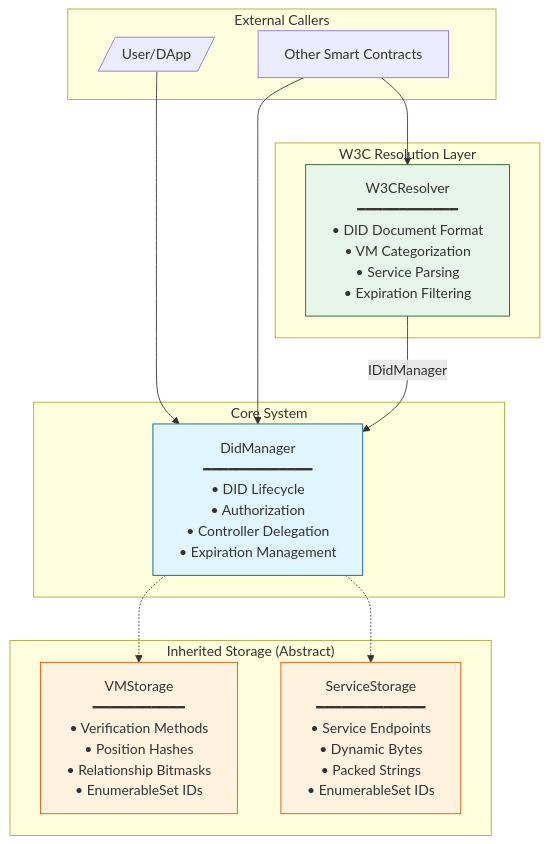
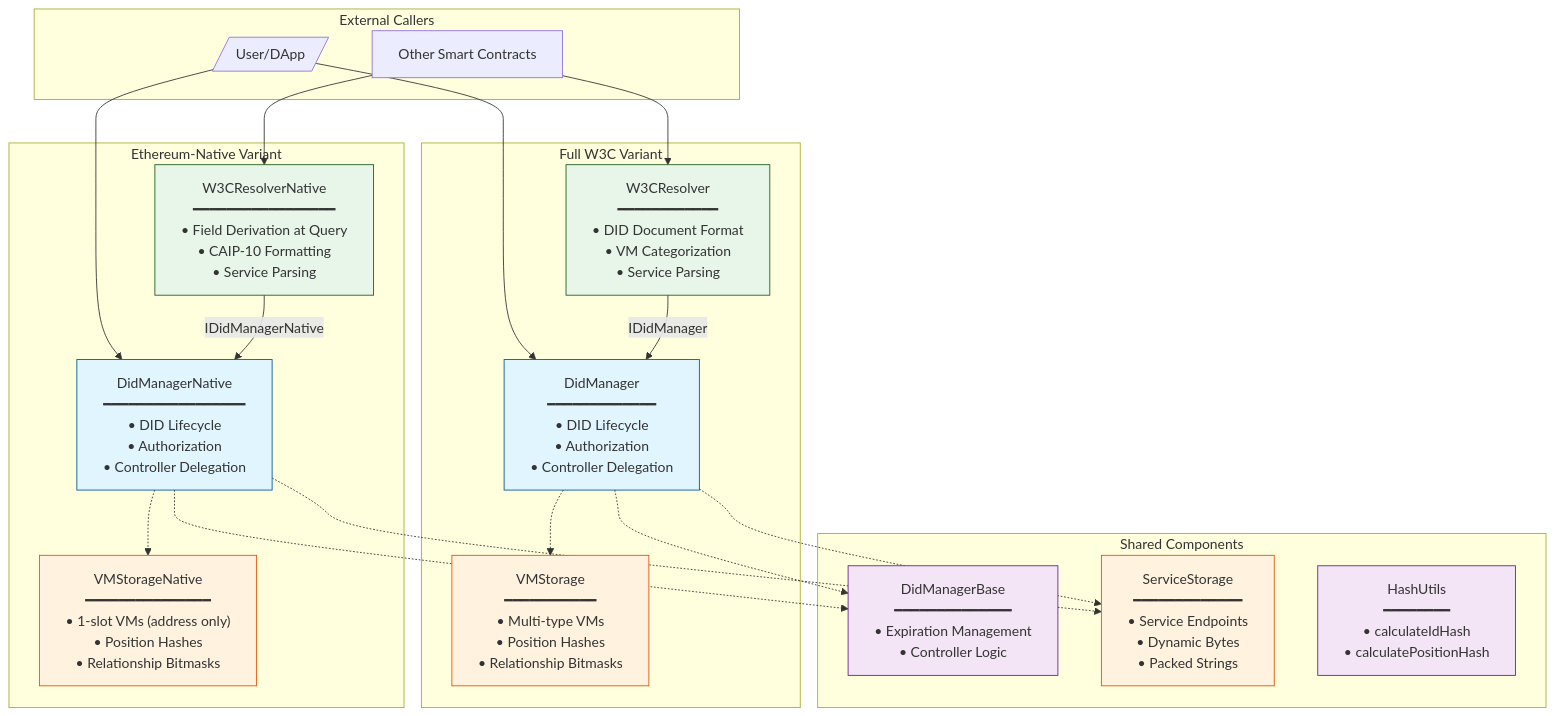
The second of 10 diagrams in PROJECT.md (MiguelLZPF/SSIoBC-did), drawn with Mermaid before and after one commit. The commit also changed other lines of this file and 19 other files, not shown here.

````diff
--- a/PROJECT.md
+++ b/PROJECT.md
@@ -164,49 +231,84 @@
         SC["Other Smart Contracts"]
     end
 
-    subgraph Core["Core System"]
+    subgraph FullW3C["Full W3C Variant"]
         DM["DidManager
         ━━━━━━━━━━━━━
         • DID Lifecycle
         • Authorization
-        • Controller Delegation
-        • Expiration Management"]
+        • Controller Delegation"]
+
+        VMS["VMStorage
+        ━━━━━━━━━━━
+        • Multi-type VMs
+        • Position Hashes
+        • Relationship Bitmasks"]
+
+        W3C["W3CResolver
+        ━━━━━━━━━━━━
+        • DID Document Format
+        • VM Categorization
+        • Service Parsing"]
     end
 
-    subgraph Storage["Inherited Storage (Abstract)"]
-        VMS["VMStorage
-        ━━━━━━━━━━━
-        • Verification Methods
+    subgraph Native["Ethereum-Native Variant"]
+        DMN["DidManagerNative
+        ━━━━━━━━━━━━━━━━━
+        • DID Lifecycle
+        • Authorization
+        • Controller Delegation"]
+
+        VMSN["VMStorageNative
+        ━━━━━━━━━━━━━━━
+        • 1-slot VMs (address only)
         • Position Hashes
-        • Relationship Bitmasks
-        • EnumerableSet IDs"]
+        • Relationship Bitmasks"]
+
+        W3CN["W3CResolverNative
+        ━━━━━━━━━━━━━━━━━
+        • Field Derivation at Query
+        • CAIP-10 Formatting
+        • Service Parsing"]
+    end
+
+    subgraph Shared["Shared Components"]
+        DMB["DidManagerBase
+        ━━━━━━━━━━━━━━
+        • Expiration Management
+        • Controller Logic"]
 
         SS["ServiceStorage
         ━━━━━━━━━━━━━
         • Service Endpoints
         • Dynamic Bytes
-        • Packed Strings
-        • EnumerableSet IDs"]
-    end
+        • Packed Strings"]
 
-    subgraph Resolution["W3C Resolution Layer"]
-        W3C["W3CResolver
-        ━━━━━━━━━━━━
-        • DID Document Format
-        • VM Categorization
-        • Service Parsing
-        • Expiration Filtering"]
+        HU["HashUtils
+        ━━━━━━━━
+        • calculateIdHash
+        • calculatePositionHash"]
     end
 
     User --> DM
-    SC --> DM
+    User --> DMN
     SC --> W3C
+    SC --> W3CN
     DM -.-> VMS
+    DM -.-> DMB
     DM -.-> SS
+    DMN -.-> VMSN
+    DMN -.-> DMB
+    DMN -.-> SS
     W3C -->|"IDidManager"| DM
+    W3CN -->|"IDidManagerNative"| DMN
 
     style DM fill:#e1f5fe,stroke:#01579b
+    style DMN fill:#e1f5fe,stroke:#01579b
     style VMS fill:#fff3e0,stroke:#e65100
+    style VMSN fill:#fff3e0,stroke:#e65100
     style SS fill:#fff3e0,stroke:#e65100
+    style DMB fill:#f3e5f5,stroke:#6a1b9a
+    style HU fill:#f3e5f5,stroke:#6a1b9a
     style W3C fill:#e8f5e9,stroke:#1b5e20
+    style W3CN fill:#e8f5e9,stroke:#1b5e20
 ```
````
